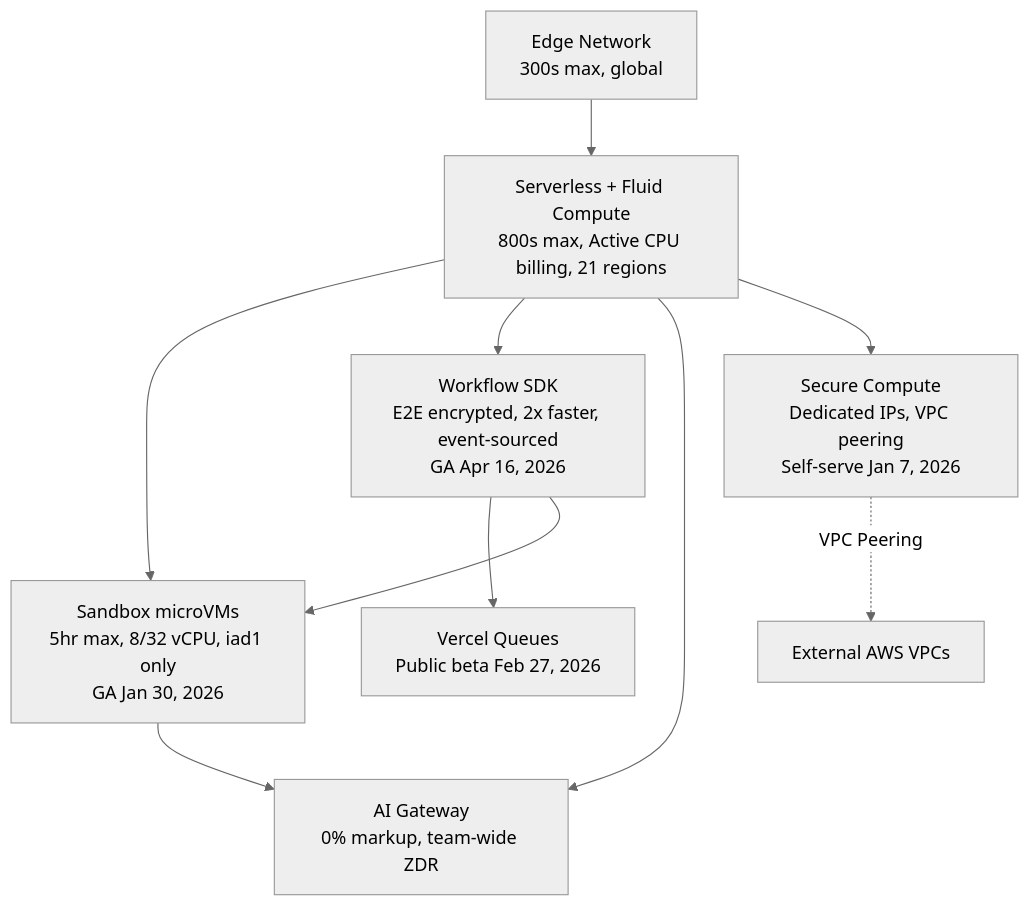
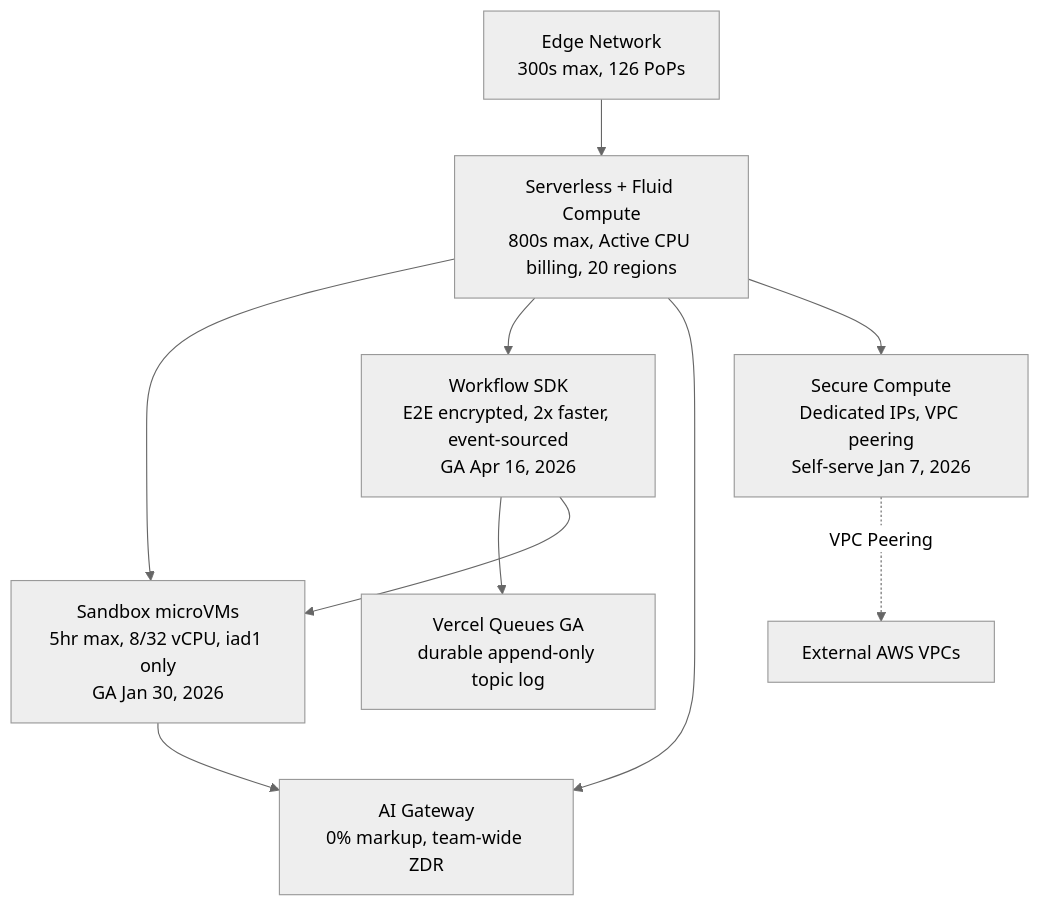
One commit to HiMarioLopez/adlc-evals changed the third of 6 diagrams in generated-reports/vercel-aws/2026/04/2026-04-21-Agent-Comparison-Report-Claude-Opus-4.7.md. Above: the diagram before and after it, drawn with Mermaid (neutral theme). The commit also changed other lines of this file and 1 other file, not shown here.

````diff
--- a/generated-reports/vercel-aws/2026/04/2026-04-21-Agent-Comparison-Report-Claude-Opus-4.7.md
+++ b/generated-reports/vercel-aws/2026/04/2026-04-21-Agent-Comparison-Report-Claude-Opus-4.7.md
@@ -996,20 +946,20 @@
 ```mermaid
 graph TD
-    Edge[Edge Network<br/>300s max, global]
-    Serverless[Serverless + Fluid Compute<br/>800s max, Active CPU billing, 21 regions]
+    Edge[Edge Network<br/>300s max, 126 PoPs]
+    Serverless[Serverless + Fluid Compute<br/>800s max, Active CPU billing, 20 regions]
     Sandbox[Sandbox microVMs<br/>5hr max, 8/32 vCPU, iad1 only<br/>GA Jan 30, 2026]
     Workflow[Workflow SDK<br/>E2E encrypted, 2x faster, event-sourced<br/>GA Apr 16, 2026]
-    Queues[Vercel Queues<br/>Public beta Feb 27, 2026]
+    Queues[Vercel Queues GA<br/>durable append-only topic log]
     AIGateway[AI Gateway<br/>0% markup, team-wide ZDR]
     SecureCompute[Secure Compute<br/>Dedicated IPs, VPC peering<br/>Self-serve Jan 7, 2026]
 
     Edge --> Serverless
     Serverless --> Sandbox
     Serverless --> Workflow
     Workflow --> Queues
     Workflow --> Sandbox
     Serverless --> AIGateway
     Sandbox --> AIGateway
     Serverless --> SecureCompute
     SecureCompute -.VPC Peering.-> ExternalAWS[External AWS VPCs]
 ```
````
